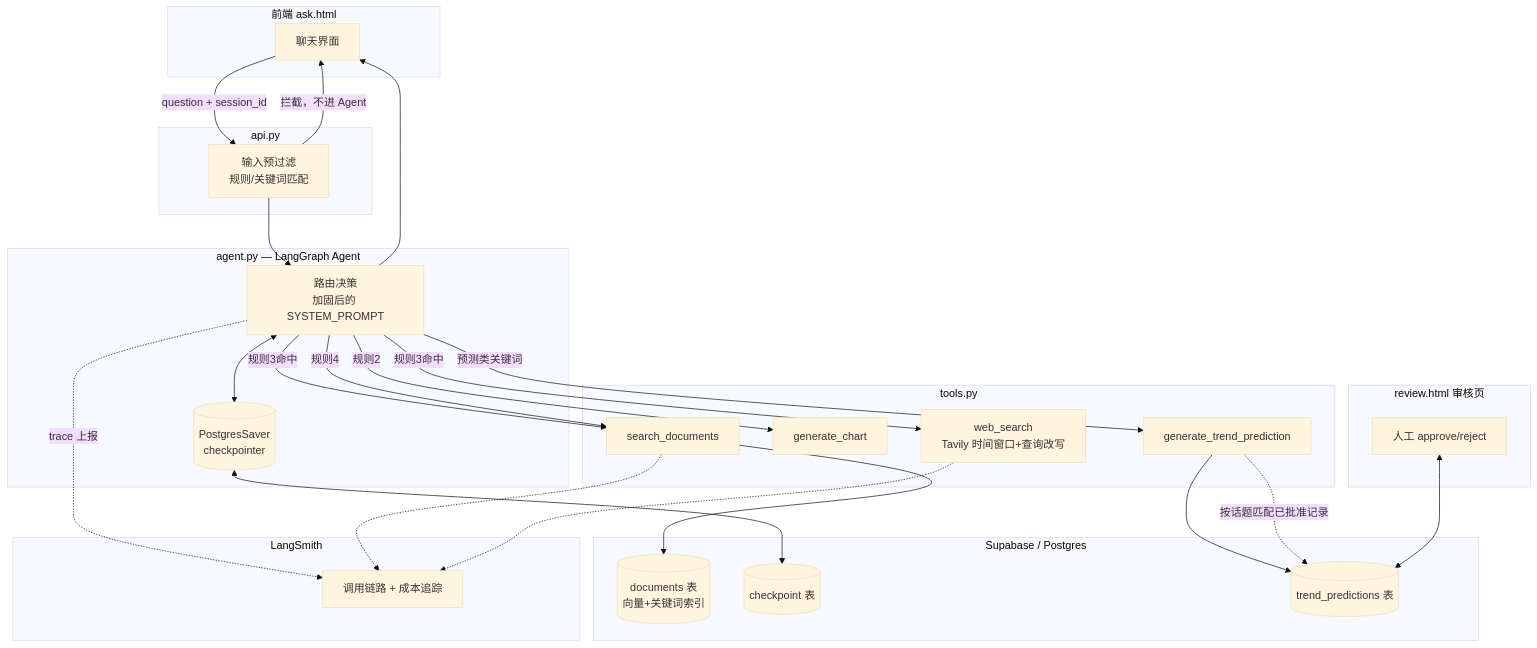
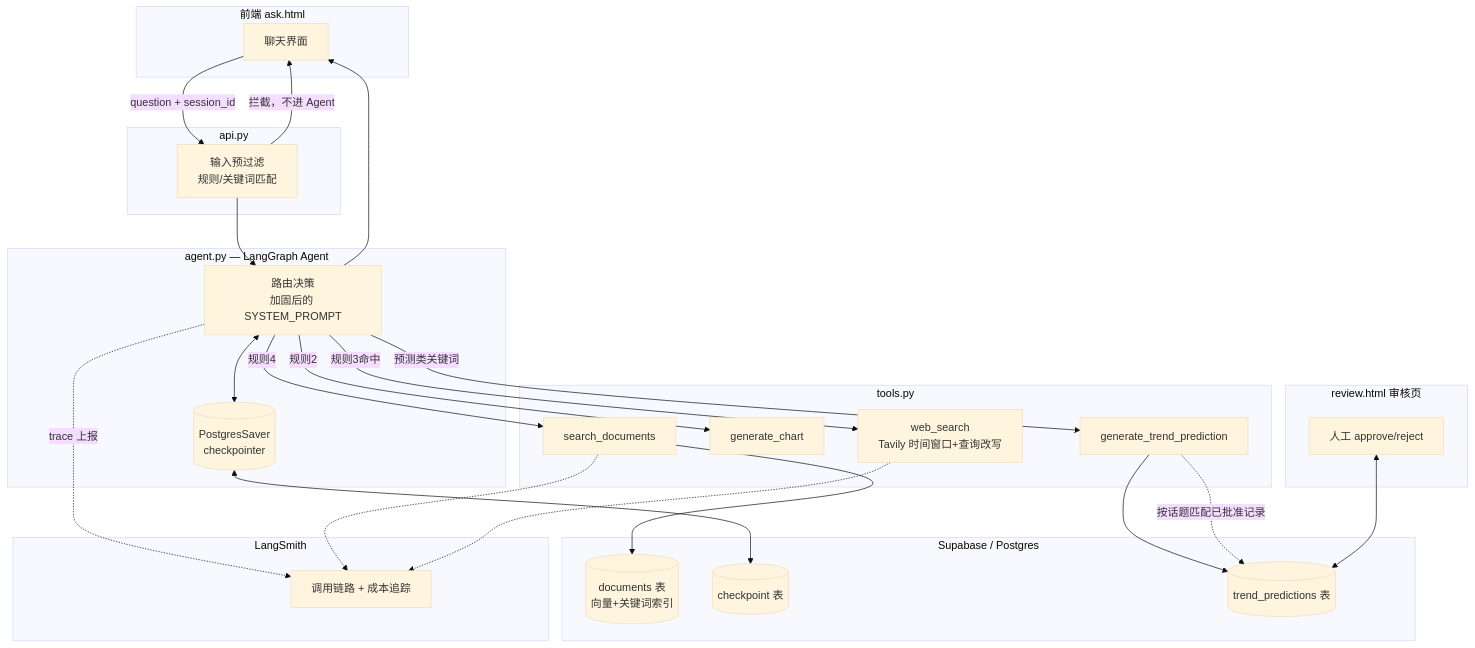
The first of 4 diagrams in docs/TechSpec_v1.1.md (hondezxapahat-del/sinolytics-rag-demo), drawn with Mermaid (base theme) before and after one commit. The commit also changed other lines of this file and 17 other files, not shown here.

````diff
--- a/docs/TechSpec_v1.1.md
+++ b/docs/TechSpec_v1.1.md
@@ -44,55 +44,54 @@
 ```mermaid
 flowchart TB
     subgraph Client[前端 ask.html]
         UI[聊天界面]
     end
 
     subgraph API[api.py]
         F[输入预过滤<br/>规则/关键词匹配]
     end
 
     subgraph Agent[agent.py — LangGraph Agent]
         RT[路由决策<br/>加固后的 SYSTEM_PROMPT]
         CP[(PostgresSaver<br/>checkpointer)]
     end
 
     subgraph Tools[tools.py]
         SD[search_documents]
         GC[generate_chart]
         WS[web_search<br/>Tavily 时间窗口+查询改写]
         GP[generate_trend_prediction]
     end
 
     subgraph Data[Supabase / Postgres]
         DOCS[(documents 表<br/>向量+关键词索引)]
         CHK[(checkpoint 表)]
         PRED[(trend_predictions 表)]
     end
 
     subgraph Review[review.html 审核页]
         RV[人工 approve/reject]
     end
 
     subgraph Obs[LangSmith]
         TR[调用链路 + 成本追踪]
     end
 
     UI -->|question + session_id| F
     F -->|拦截，不进 Agent| UI
     F --> RT
     RT <--> CP
     CP <--> CHK
-    RT -->|规则3命中| SD
     RT -->|规则3命中| WS
     RT -->|规则2| GC
     RT -->|规则4| SD
     RT -->|预测类关键词| GP
     SD --> DOCS
     GP --> PRED
     GP -.按话题匹配已批准记录.-> PRED
     RV <--> PRED
     RT -.trace 上报.-> TR
     SD -.-> TR
     WS -.-> TR
     RT --> UI
 ```
````
